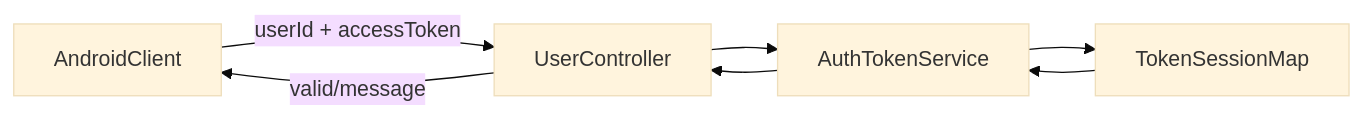
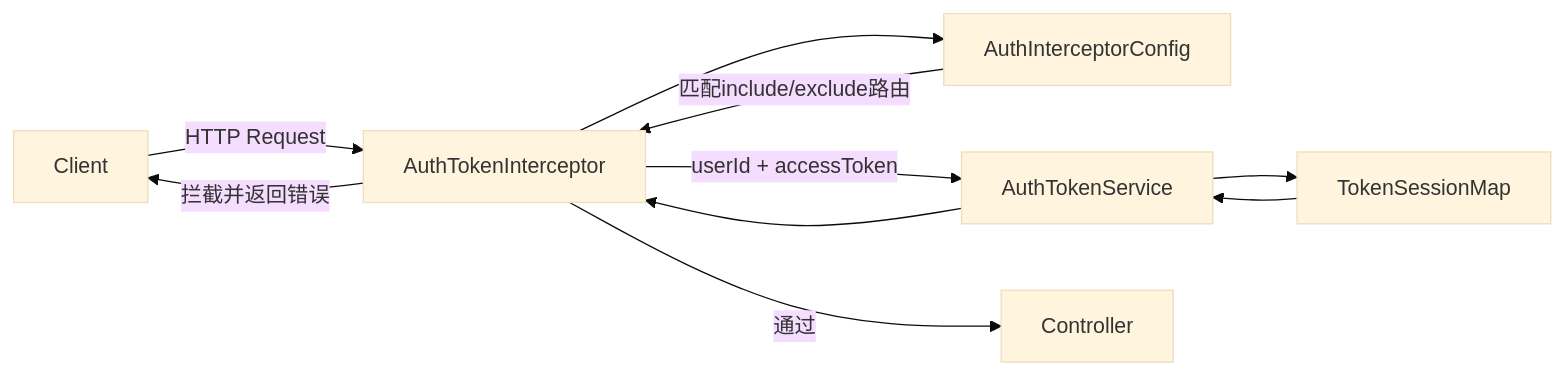
Before and after one commit to nangong918/magic-vector: the fourth of 9 diagrams in springboot/docs/SpringBootDesignDocument.md, drawn with Mermaid (base theme). The commit also changed other lines of this file and 18 other files, not shown here.

````diff
--- a/springboot/docs/SpringBootDesignDocument.md
+++ b/springboot/docs/SpringBootDesignDocument.md
@@ -86,9 +92,12 @@
 ```mermaid
 flowchart LR
-    AndroidClient -->|userId + accessToken| UserController
-    UserController --> AuthTokenService
+    Client -->|HTTP Request| AuthTokenInterceptor
+    AuthTokenInterceptor --> AuthInterceptorConfig
+    AuthInterceptorConfig -->|匹配include/exclude路由| AuthTokenInterceptor
+    AuthTokenInterceptor -->|userId + accessToken| AuthTokenService
     AuthTokenService --> TokenSessionMap
     TokenSessionMap --> AuthTokenService
-    AuthTokenService --> UserController
-    UserController -->|valid/message| AndroidClient
+    AuthTokenService --> AuthTokenInterceptor
+    AuthTokenInterceptor -->|通过| Controller
+    AuthTokenInterceptor -->|拦截并返回错误| Client
 ```
````
